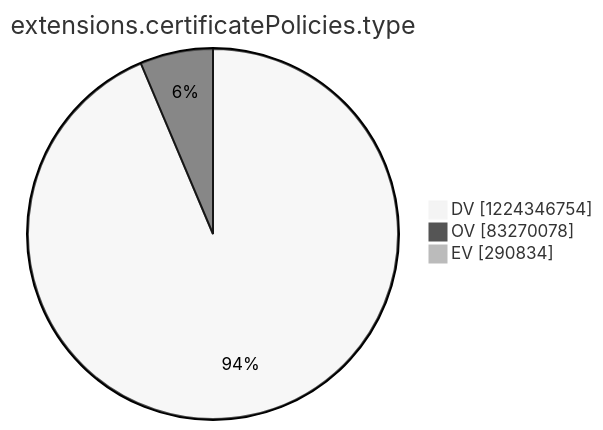
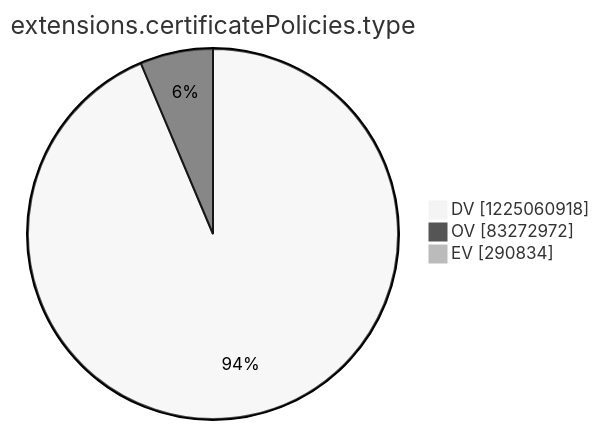
The tenth of 15 diagrams in argon2022/README.md (christiankrug/ctmonitor_visualization), drawn with Mermaid (neutral theme) before and after one commit. The commit also changed other lines of this file, not shown here.

````diff
--- a/argon2022/README.md
+++ b/argon2022/README.md
@@ -2770,7 +2770,7 @@
 ```mermaid
 pie showData
 title extensions.certificatePolicies.type
-"DV" :1224346754
-"OV" :83270078
+"DV" :1225060918
+"OV" :83272972
 "EV" :290834
 ```
````
